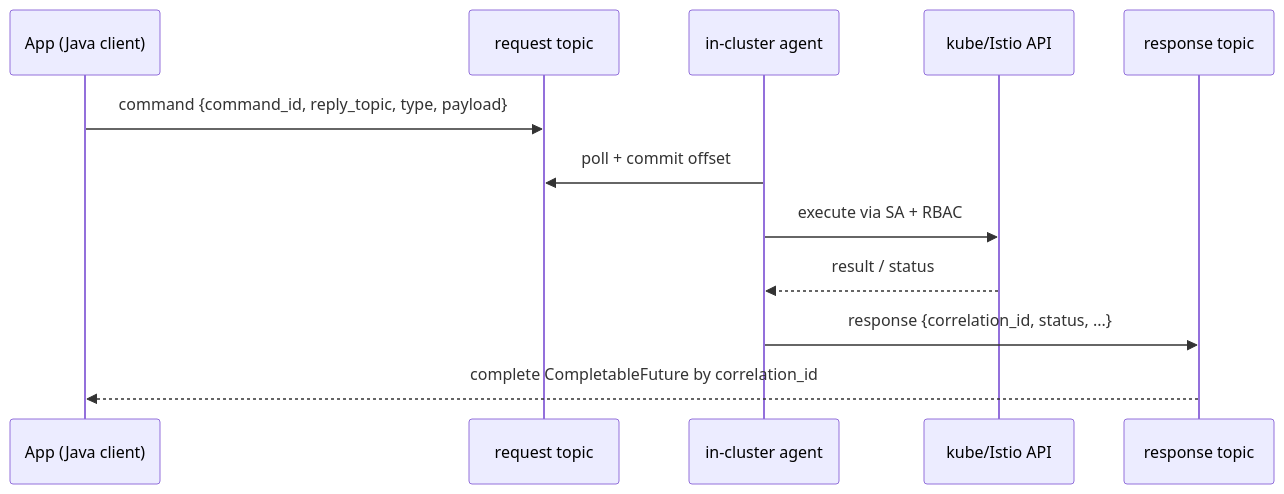
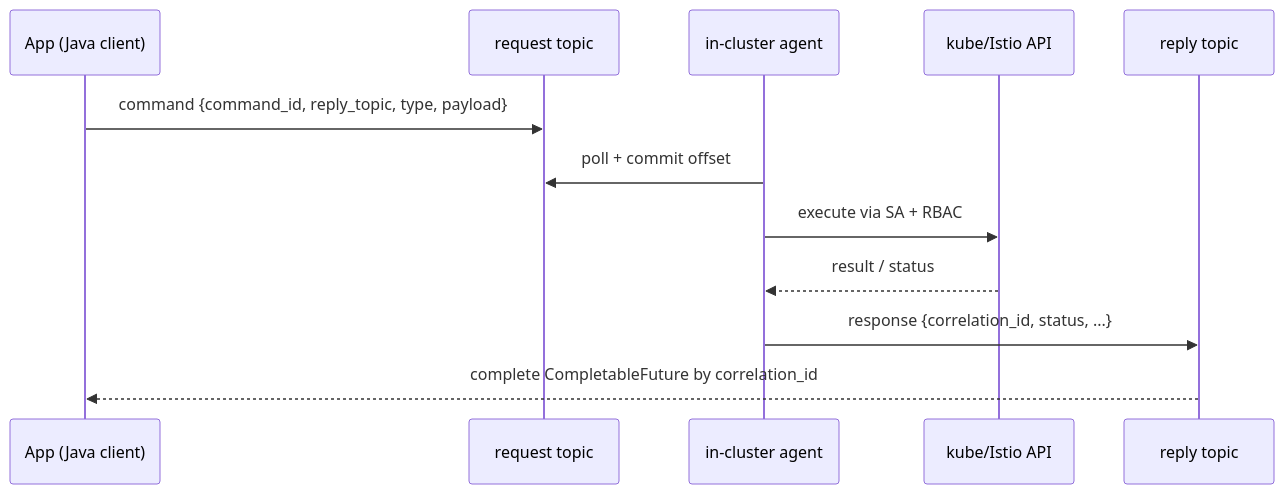
Before and after one commit to tormoz70/usmc-k8s-agent: the diagram in docs/java-client-design.md, drawn with Mermaid. The commit also changed other lines of this file and 2 other files, not shown here.

````diff
--- a/docs/java-client-design.md
+++ b/docs/java-client-design.md
@@ -109,14 +122,14 @@
 ```mermaid
 sequenceDiagram
   participant App as App (Java client)
   participant Req as request topic
   participant Agent as in-cluster agent
   participant K8s as kube/Istio API
-  participant Res as response topic
+  participant Res as reply topic
   App->>Req: command {command_id, reply_topic, type, payload}
   Agent->>Req: poll + commit offset
   Agent->>K8s: execute via SA + RBAC
   K8s-->>Agent: result / status
   Agent->>Res: response {correlation_id, status, ...}
   Res-->>App: complete CompletableFuture by correlation_id
 ```
````
